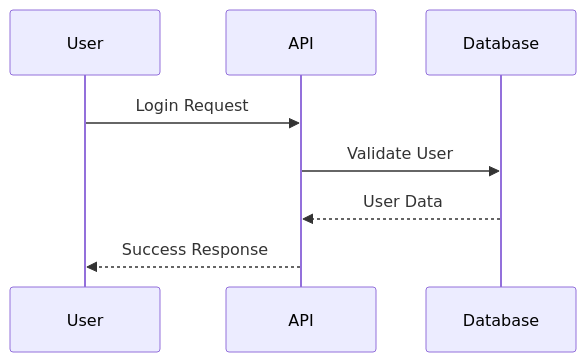
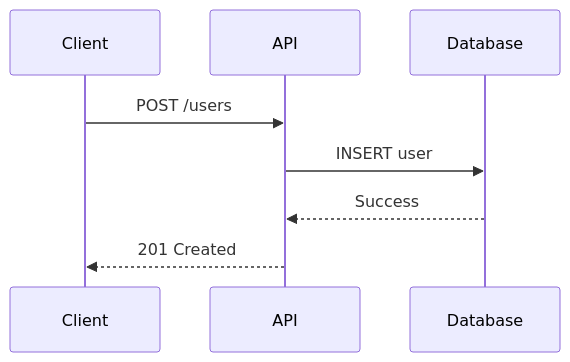
One commit to documentation-ai/DocumentationAI-Docs changed the fifth of 13 diagrams in components/mermaid.mdx. Above: the diagram before and after it, drawn with Mermaid. The commit also changed other lines of this file and 2 other files, not shown here.

Commit message:
Update columns and mermaid documentation: refine column layout options to support a maximum of 4 columns, enhance mermaid section with detailed usage examples, interactive features, and improved syntax guidelines.

````diff
--- a/components/mermaid.mdx
+++ b/components/mermaid.mdx
@@ -48,11 +118,11 @@
 ```mermaid
 sequenceDiagram
-    participant User
+    participant Client
     participant API
     participant Database
     
-    User->>API: Login Request
-    API->>Database: Validate User
-    Database-->>API: User Data
-    API-->>User: Success Response
+    Client->>API: POST /users
+    API->>Database: INSERT user
+    Database-->>API: Success
+    API-->>Client: 201 Created
 ```
````
